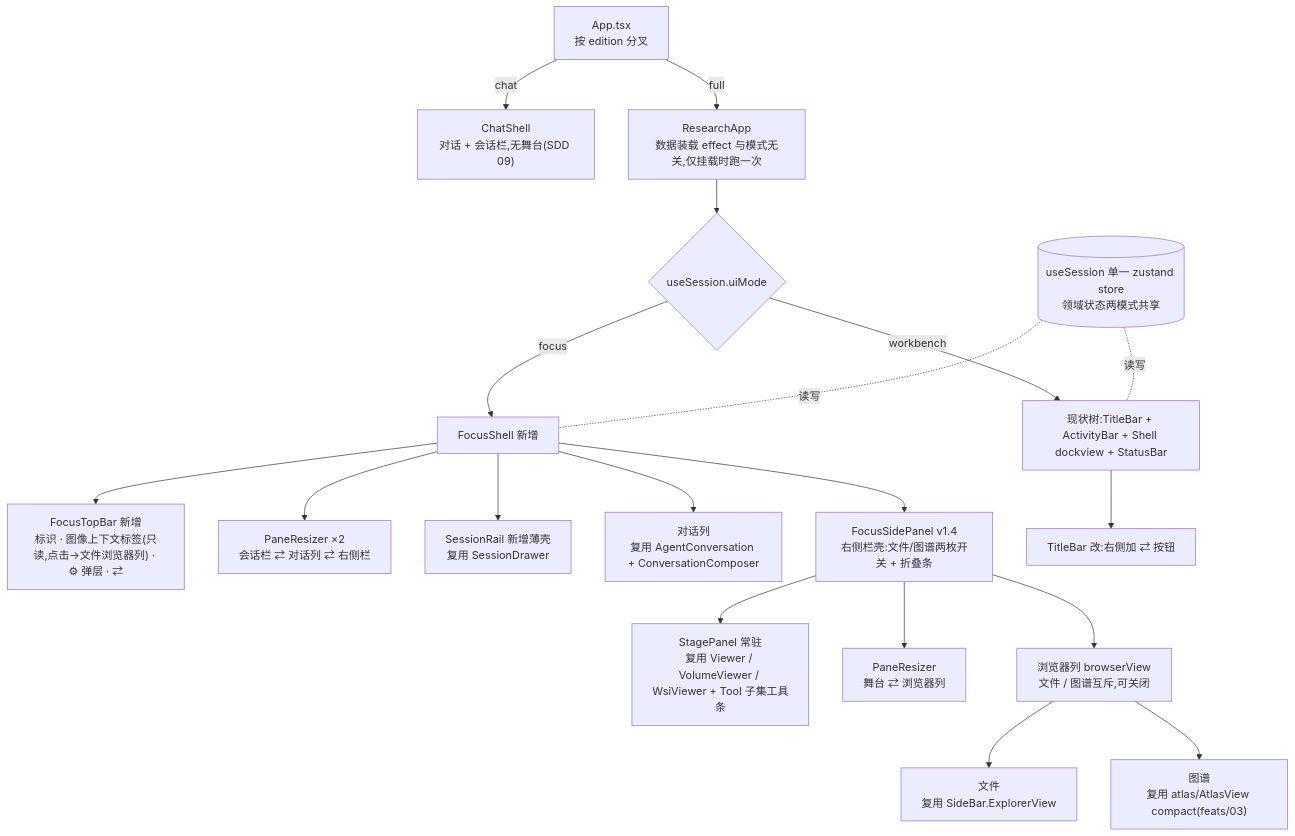
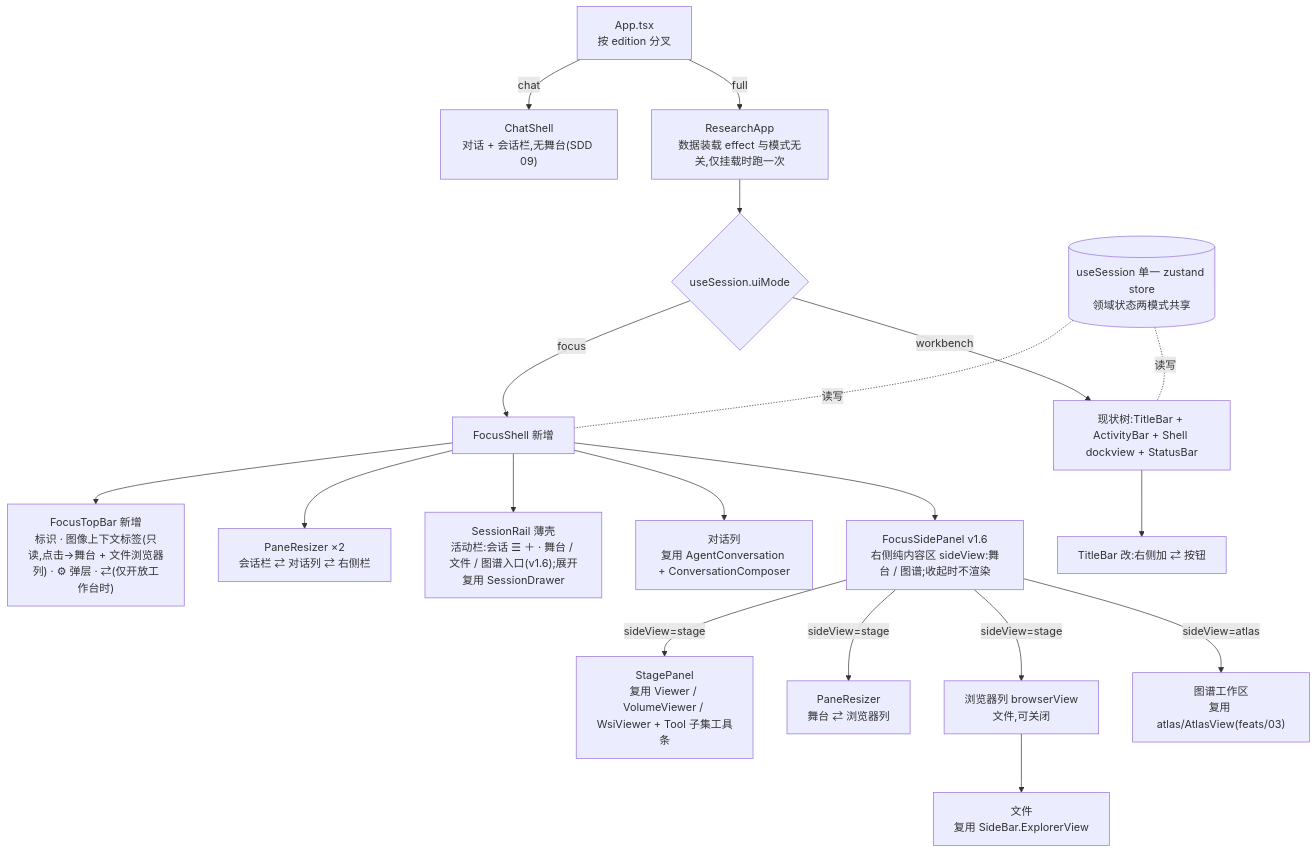
One commit to zhentai-sn/open-glaux changed the second of 3 diagrams in docs/sdd/feats/01-dual-mode-shell/README.md. Above: the diagram before and after it, drawn with Mermaid. The commit also changed other lines of this file and 26 other files, not shown here.

First line of the commit message:
feat(focus): 左侧栏统一舞台/文件/图谱入口并默认关闭工作台

````diff
--- a/docs/sdd/feats/01-dual-mode-shell/README.md
+++ b/docs/sdd/feats/01-dual-mode-shell/README.md
@@ -116,19 +118,19 @@
 ```mermaid
 flowchart TD
     APP["App.tsx<br/>按 edition 分叉"] -- chat --> CS["ChatShell<br/>对话 + 会话栏,无舞台(SDD 09)"]
     APP -- full --> RA["ResearchApp<br/>数据装载 effect 与模式无关,仅挂载时跑一次"] --> M{useSession.uiMode}
     M -- focus --> FS[FocusShell 新增]
     M -- workbench --> WB[现状树:TitleBar + ActivityBar + Shell dockview + StatusBar]
-    FS --> FT["FocusTopBar 新增<br/>标识 · 图像上下文标签(只读,点击→文件浏览器列) · ⚙ 弹层 · ⇄"]
+    FS --> FT["FocusTopBar 新增<br/>标识 · 图像上下文标签(只读,点击→舞台 + 文件浏览器列) · ⚙ 弹层 · ⇄(仅开放工作台时)"]
     FS --> PZ["PaneResizer ×2<br/>会话栏 ⇄ 对话列 ⇄ 右侧栏"]
-    FS --> SR[SessionRail 新增薄壳<br/>复用 SessionDrawer]
+    FS --> SR["SessionRail 薄壳<br/>活动栏:会话 ☰ ＋ · 舞台 / 文件 / 图谱入口(v1.6);展开复用 SessionDrawer"]
     FS --> CC[对话列<br/>复用 AgentConversation + ConversationComposer]
-    FS --> RP[FocusSidePanel v1.4<br/>右侧栏壳:文件/图谱两枚开关 + 折叠条]
-    RP --> SP[StagePanel 常驻<br/>复用 Viewer / VolumeViewer / WsiViewer + Tool 子集工具条]
-    RP --> PR[PaneResizer<br/>舞台 ⇄ 浏览器列]
-    RP --> BC[浏览器列 browserView<br/>文件 / 图谱互斥,可关闭]
+    FS --> RP["FocusSidePanel v1.6<br/>右侧纯内容区 sideView:舞台 / 图谱;收起时不渲染"]
+    RP -- sideView=stage --> SP[StagePanel<br/>复用 Viewer / VolumeViewer / WsiViewer + Tool 子集工具条]
+    RP -- sideView=stage --> PR[PaneResizer<br/>舞台 ⇄ 浏览器列]
+    RP -- sideView=stage --> BC[浏览器列 browserView<br/>文件,可关闭]
     BC --> FV[文件<br/>复用 SideBar.ExplorerView]
-    BC --> AV["图谱<br/>复用 atlas/AtlasView compact(feats/03)"]
+    RP -- sideView=atlas --> AV["图谱工作区<br/>复用 atlas/AtlasView(feats/03)"]
     WB --> TB2[TitleBar 改:右侧加 ⇄ 按钮]
     STORE[(useSession 单一 zustand store<br/>领域状态两模式共享)] -.读写.- FS & WB
 ```
````
